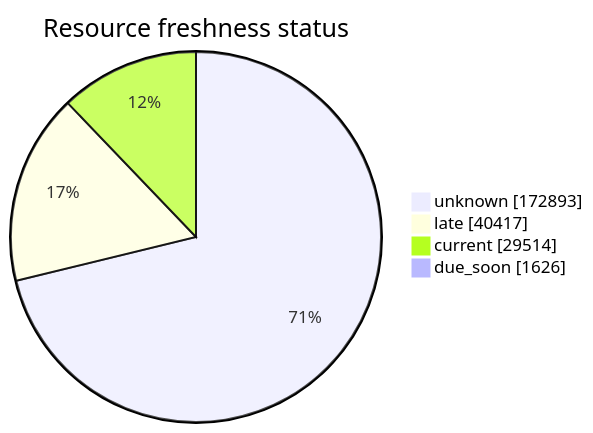
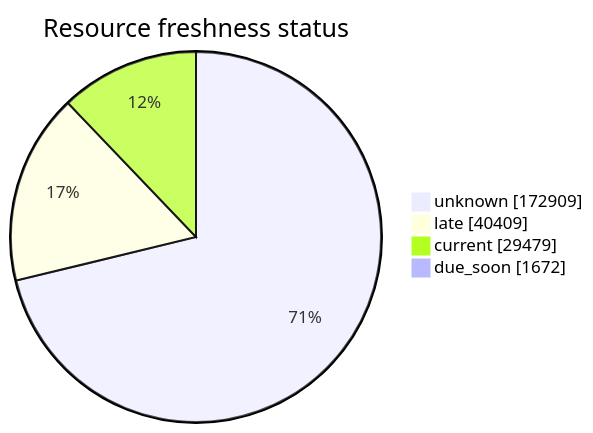
Before and after one commit to open-data/analytics-corporate-reporting: the third of 5 diagrams in FreshCheck/README.md, drawn with Mermaid. The commit also changed other lines of this file and 3 other files, not shown here.

````diff
--- a/FreshCheck/README.md
+++ b/FreshCheck/README.md
@@ -78,7 +78,7 @@
 ```mermaid
 pie showData title Resource freshness status
-    "unknown": 172893
-    "late": 40417
-    "current": 29514
-    "due_soon": 1626
+    "unknown": 172909
+    "late": 40409
+    "current": 29479
+    "due_soon": 1672
 ```
````
